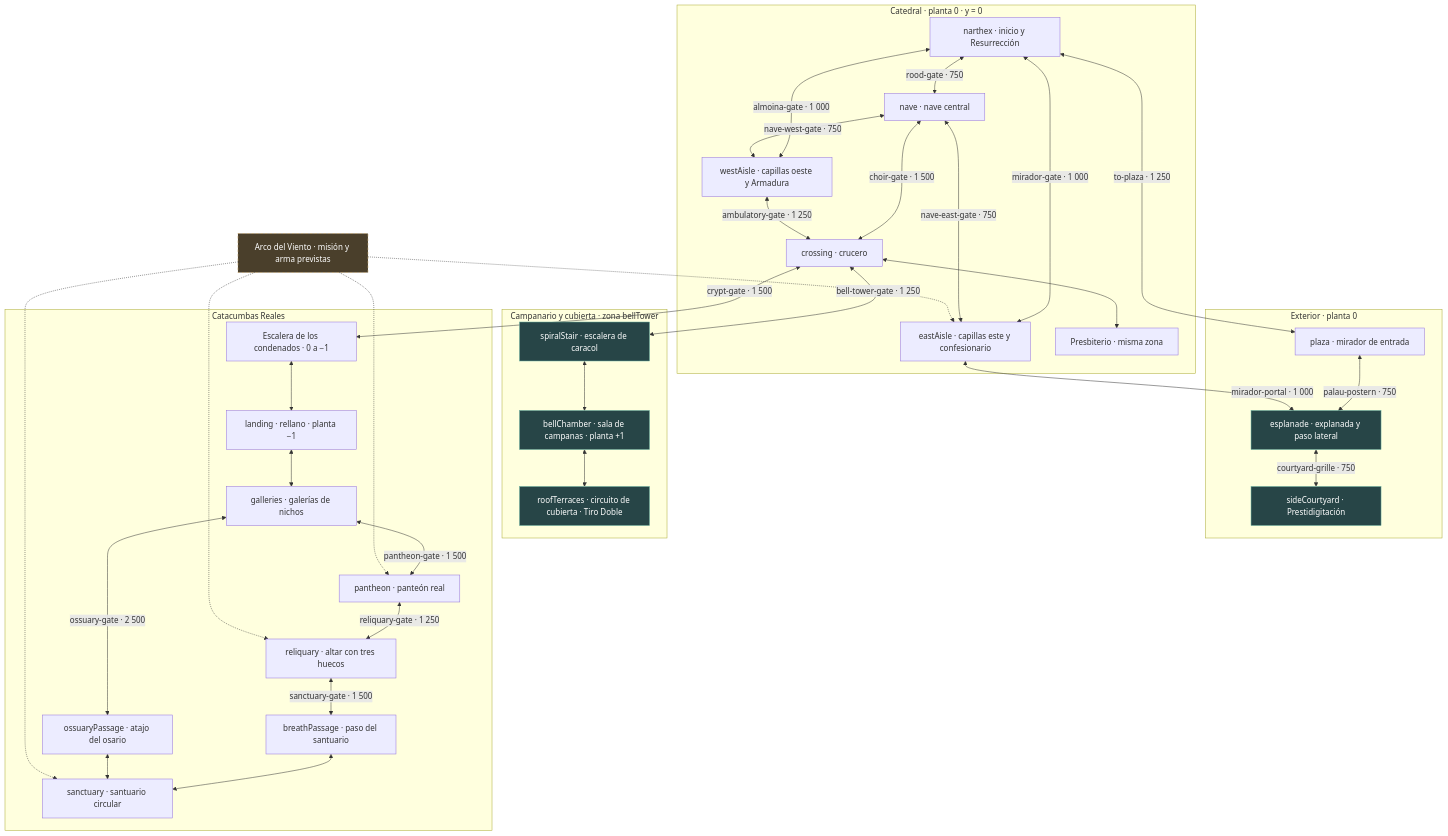
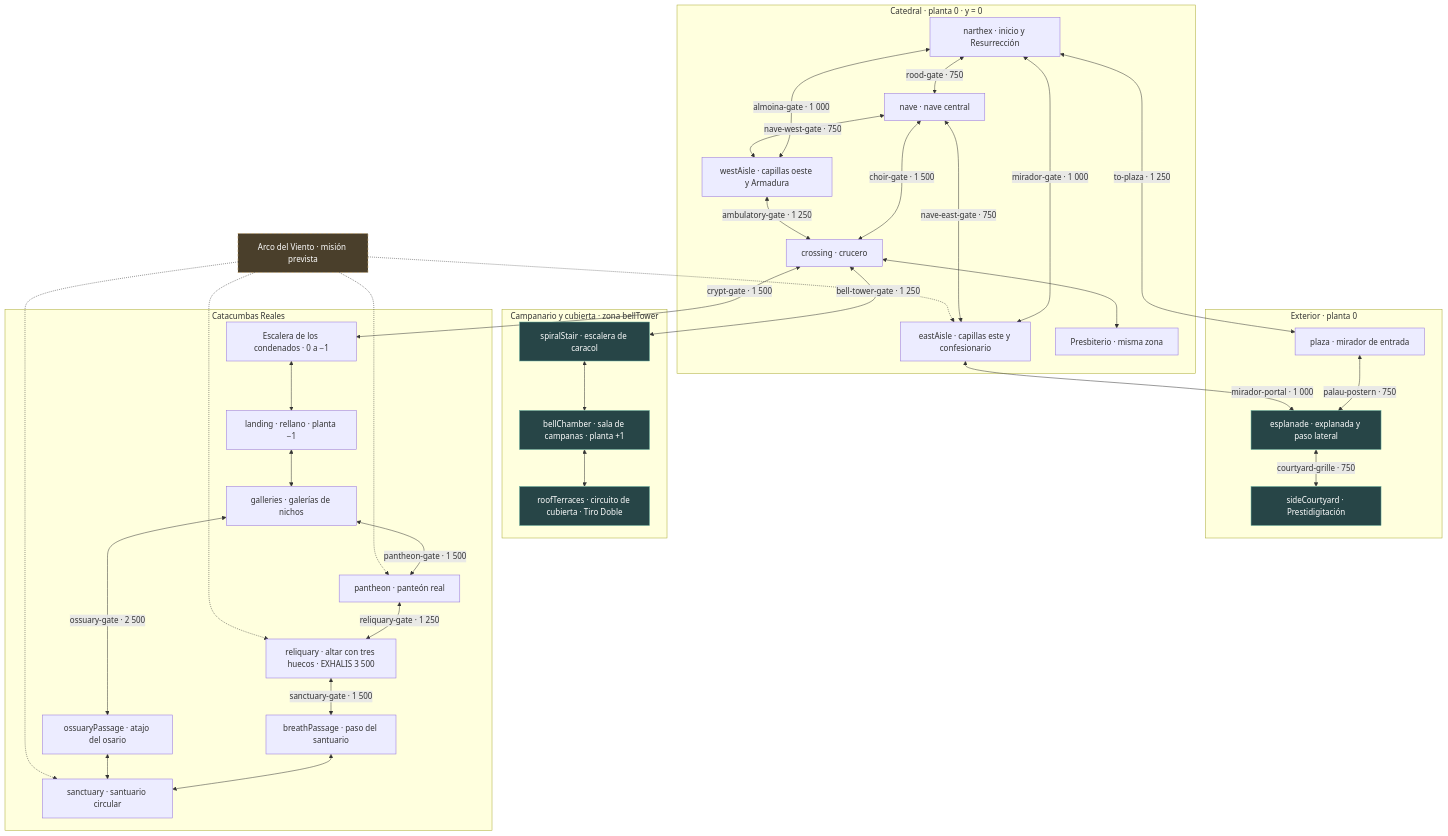
One commit to biel40/zeroed changed the diagram in docs/maps/die-kathedrale-topology.md. Above: the diagram before and after it, drawn with Mermaid. The commit also changed other lines of this file and 43 other files, not shown here.

First line of the commit message:
feat: add Exhalis altar offering and Palau banner to Die Kathedrale map

````diff
--- a/docs/maps/die-kathedrale-topology.md
+++ b/docs/maps/die-kathedrale-topology.md
@@ -11,69 +11,69 @@
 ```mermaid
 flowchart TB
   subgraph main["Catedral · planta 0 · y = 0"]
     N["narthex · inicio y Resurrección"]
     MN["nave · nave central"]
     W["westAisle · capillas oeste y Armadura"]
     E["eastAisle · capillas este y confesionario"]
     C["crossing · crucero"]
     CH["Presbiterio · misma zona"]
     N <-->|"rood-gate · 750"| MN
     N <-->|"almoina-gate · 1 000"| W
     N <-->|"mirador-gate · 1 000"| E
     MN <-->|"nave-west-gate · 750"| W
     MN <-->|"nave-east-gate · 750"| E
     MN <-->|"choir-gate · 1 500"| C
     W <-->|"ambulatory-gate · 1 250"| C
     C <--> CH
   end
 
   subgraph outside["Exterior · planta 0"]
     P["plaza · mirador de entrada"]
     ES["esplanade · explanada y paso lateral"]
     CY["sideCourtyard · Prestidigitación"]
     P <-->|"palau-postern · 750"| ES
     ES <-->|"courtyard-grille · 750"| CY
   end
   N <-->|"to-plaza · 1 250"| P
   E <-->|"mirador-portal · 1 000"| ES
 
   subgraph upper["Campanario y cubierta · zona bellTower"]
     ST["spiralStair · escalera de caracol"]
     BT["bellChamber · sala de campanas · planta +1"]
     T["roofTerraces · circuito de cubierta · Tiro Doble"]
     ST <--> BT
     BT <--> T
   end
   C <-->|"bell-tower-gate · 1 250"| ST
 
   subgraph below["Catacumbas Reales"]
     CS["Escalera de los condenados · 0 a −1"]
     L["landing · rellano · planta −1"]
     G["galleries · galerías de nichos"]
     PA["pantheon · panteón real"]
-    R["reliquary · altar con tres huecos"]
+    R["reliquary · altar con tres huecos · EXHALIS 3 500"]
     B["breathPassage · paso del santuario"]
     S["sanctuary · santuario circular"]
     O["ossuaryPassage · atajo del osario"]
     CS <--> L
     L <--> G
     G <-->|"pantheon-gate · 1 500"| PA
     PA <-->|"reliquary-gate · 1 250"| R
     R <-->|"sanctuary-gate · 1 500"| B
     B <--> S
     G <-->|"ossuary-gate · 2 500"| O
     O <--> S
   end
   C <-->|"crypt-gate · 1 500"| CS
 
-  WB["Arco del Viento · misión y arma previstas"]
+  WB["Arco del Viento · misión prevista"]
   WB -.-> E
   WB -.-> PA
   WB -.-> R
   WB -.-> S
 
   classDef new fill:#274547,color:#fff,stroke:#67b0a0
   classDef planned fill:#4a3f2b,color:#fff,stroke:#c7a568,stroke-dasharray:5 4
   class ES,CY,ST,BT,T new
   class WB planned
 ```
````
